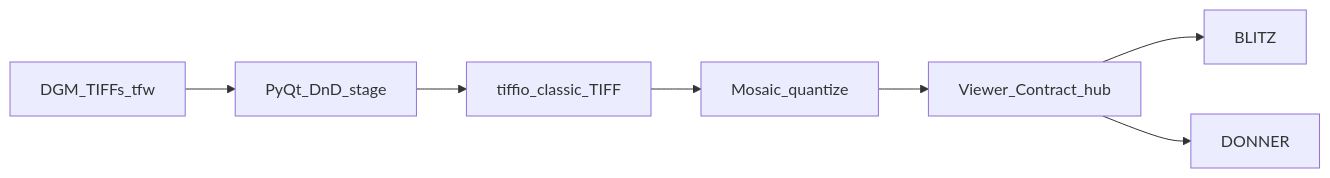
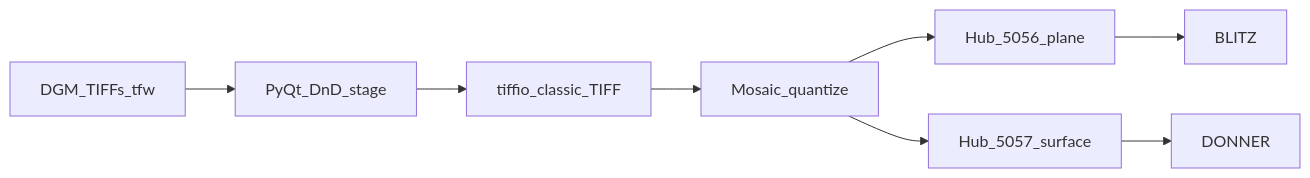
Before and after one commit to PiMaV/dgm-mosaic: the diagram in architecture.md, drawn with Mermaid. The commit also changed other lines of this file and 6 other files, not shown here.

````diff
--- a/architecture.md
+++ b/architecture.md
@@ -3,13 +3,14 @@
 ```mermaid
 flowchart LR
   tifs[DGM_TIFFs_tfw]
   ui[PyQt_DnD_stage]
   tiffio[tiffio_classic_TIFF]
   mosaic[Mosaic_quantize]
-  hub[Viewer_Contract_hub]
+  planeHub["Hub_5056_plane"]
+  surfHub["Hub_5057_surface"]
   blitz[BLITZ]
   donner[DONNER]
-  tifs --> ui --> tiffio --> mosaic --> hub
-  hub --> blitz
-  hub --> donner
+  tifs --> ui --> tiffio --> mosaic
+  mosaic --> planeHub --> blitz
+  mosaic --> surfHub --> donner
 ```
````
